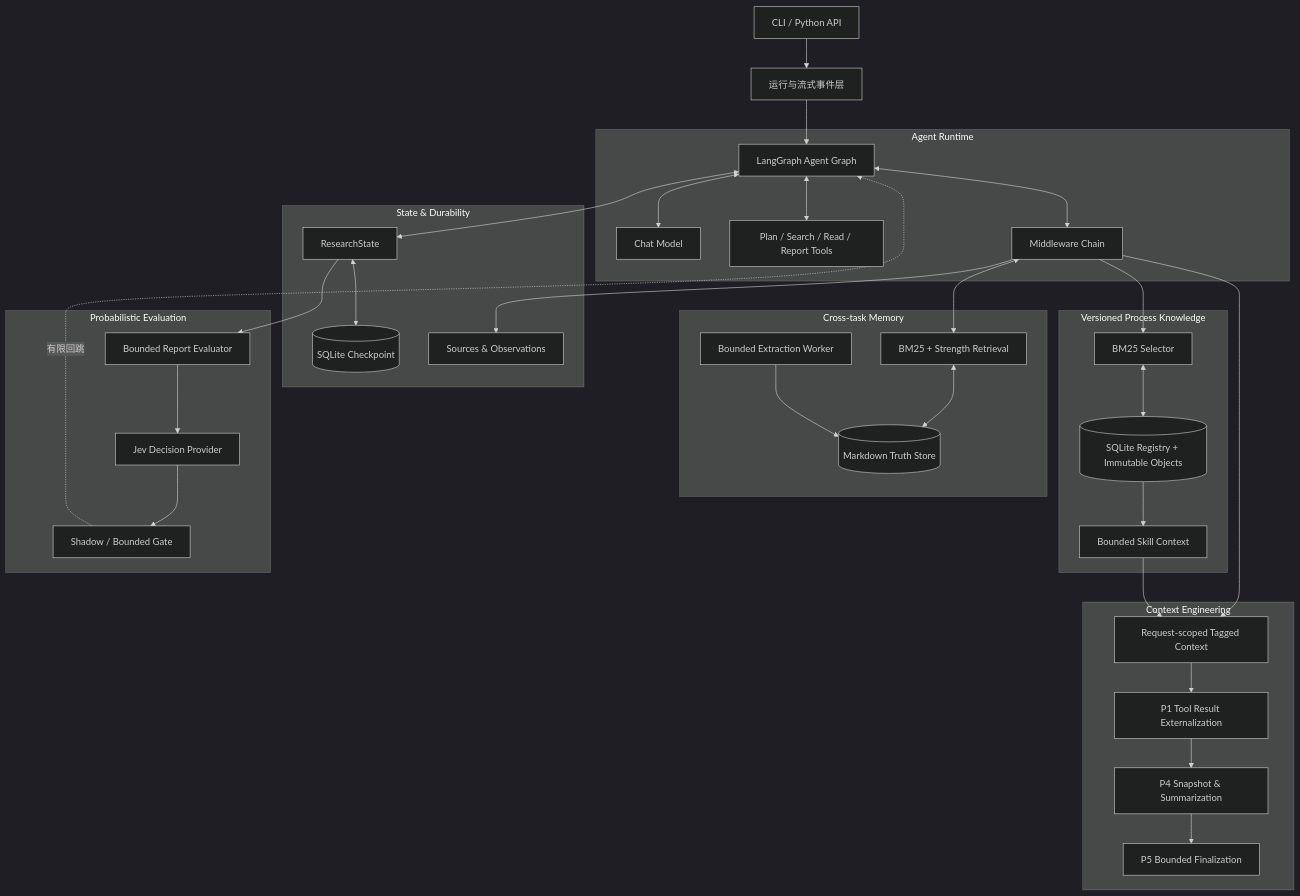
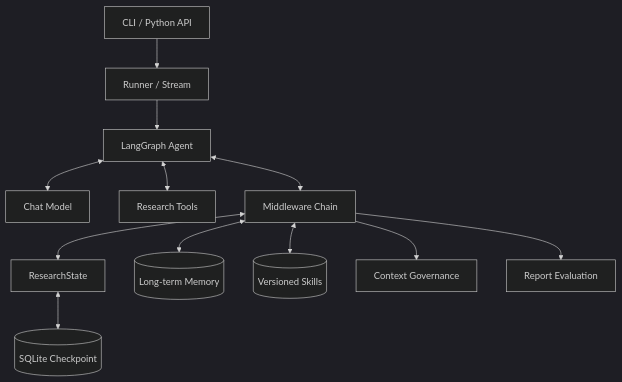
One commit to 1612535983/deepreseach-learing changed the second of 2 diagrams in README.md. Above: the diagram before and after it, drawn with Mermaid (dark theme). The commit also changed other lines of this file, not shown here.

Commit message:
docs: refocus readme for research and learning

````diff
--- a/README.md
+++ b/README.md
@@ -232,56 +162,15 @@
 ```mermaid
 flowchart TB
-    CLI[CLI / Python API] --> RUNNER[运行与流式事件层]
-    RUNNER --> GRAPH[LangGraph Agent Graph]
+    CLI[CLI / Python API] --> RUNNER[Runner / Stream]
+    RUNNER --> GRAPH[LangGraph Agent]
+    GRAPH <--> MODEL[Chat Model]
+    GRAPH <--> TOOLS[Research Tools]
+    GRAPH <--> MW[Middleware Chain]
 
-    subgraph Runtime[Agent Runtime]
-        GRAPH <--> MODEL[Chat Model]
-        GRAPH <--> TOOLS[Plan / Search / Read / Report Tools]
-        GRAPH <--> MIDDLEWARE[Middleware Chain]
-    end
-
-    subgraph StateLayer[State & Durability]
-        STATE[ResearchState]
-        CHECKPOINT[(SQLite Checkpoint)]
-        EVIDENCE[Sources & Observations]
-    end
-
-    subgraph ContextLayer[Context Engineering]
-        TAGGED[Request-scoped Tagged Context]
-        EXTERNAL[P1 Tool Result Externalization]
-        COMPACT[P4 Snapshot & Summarization]
-        FINALIZE[P5 Bounded Finalization]
-    end
-
-    subgraph MemoryLayer[Cross-task Memory]
-        RETRIEVER[BM25 + Strength Retrieval]
-        STORE[(Markdown Truth Store)]
-        WORKER[Bounded Extraction Worker]
-    end
-
-    subgraph SkillLayer[Versioned Process Knowledge]
-        SELECTOR[BM25 Selector]
-        SKILLSTORE[(SQLite Registry + Immutable Objects)]
-        SKILLCONTEXT[Bounded Skill Context]
-    end
-
-    subgraph EvaluationLayer[Probabilistic Evaluation]
-        EVAL[Bounded Report Evaluator]
-        JEV[Jev Decision Provider]
-        GATE[Shadow / Bounded Gate]
-    end
-
-    GRAPH <--> STATE
-    STATE <--> CHECKPOINT
-    MIDDLEWARE --> EVIDENCE
-    MIDDLEWARE --> TAGGED
-    TAGGED --> EXTERNAL --> COMPACT --> FINALIZE
-    MIDDLEWARE <--> RETRIEVER
-    RETRIEVER <--> STORE
-    WORKER --> STORE
-    MIDDLEWARE --> SELECTOR
-    SELECTOR <--> SKILLSTORE
-    SKILLSTORE --> SKILLCONTEXT --> TAGGED
-    STATE --> EVAL --> JEV --> GATE
-    GATE -.有限回跳.-> GRAPH
+    MW <--> STATE[ResearchState]
+    STATE <--> CHECKPOINT[(SQLite Checkpoint)]
+    MW <--> MEMORY[(Long-term Memory)]
+    MW <--> SKILL[(Versioned Skills)]
+    MW --> CONTEXT[Context Governance]
+    MW --> EVAL[Report Evaluation]
 ```
````
